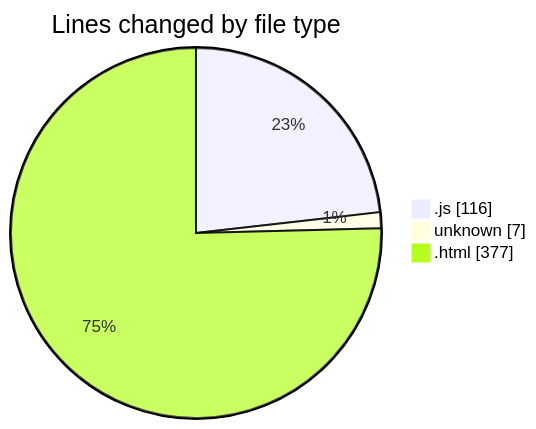
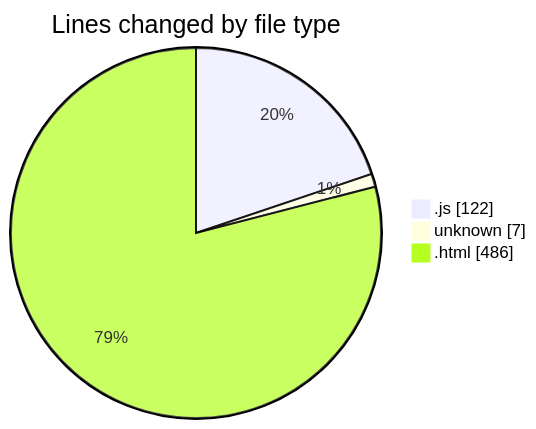
Before and after one commit to nxtqubesakshisongat/code-tracking: the first of 2 diagrams in 2025-04-16/omts_new/README.md, drawn with Mermaid. The commit also changed other lines of this file and 1 other file, not shown here.

````diff
--- a/2025-04-16/omts_new/README.md
+++ b/2025-04-16/omts_new/README.md
@@ -22,7 +24,7 @@
 ```mermaid
 pie showData
 title Lines changed by file type
-".js" : 116
+".js" : 122
 "unknown" : 7
-".html" : 377
+".html" : 486
 ```
````
